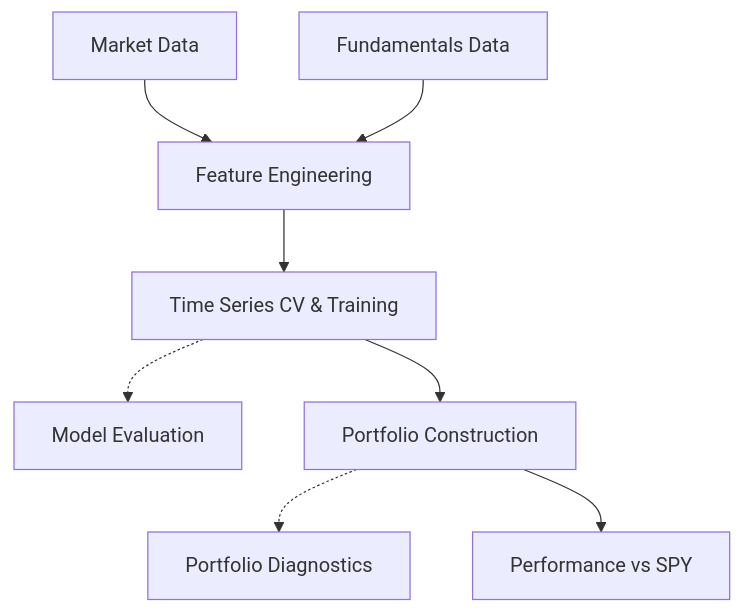
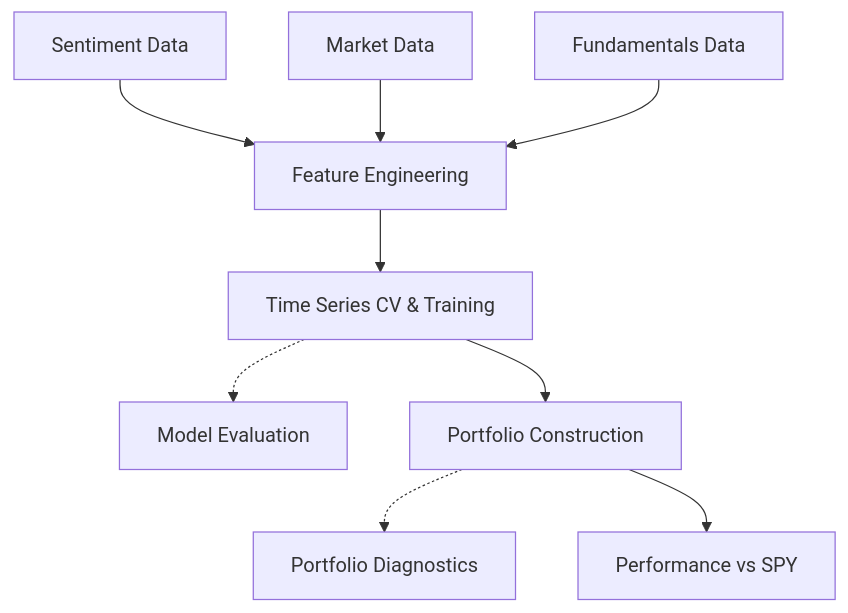
The diagram in README.md (pmatorras/financial-ml), drawn with Mermaid before and after one commit. The commit also changed other lines of this file and 4 other files, not shown here.

````diff
--- a/README.md
+++ b/README.md
@@ -26,10 +28,11 @@
 ```mermaid
 flowchart TD
-    A[Market Data] --> C[Feature Engineering]
-    B[Fundamentals Data] --> C
+    A1[Sentiment Data] --> C[Feature Engineering]
+    A2[Market Data] --> C
+    A3[Fundamentals Data] --> C
     C --> D[Time Series CV & Training]
     D -.-> E[Model Evaluation]
     D --> F[Portfolio Construction]
     F -.-> G[Portfolio Diagnostics]
     F --> H[Performance vs SPY]
 ```
````
